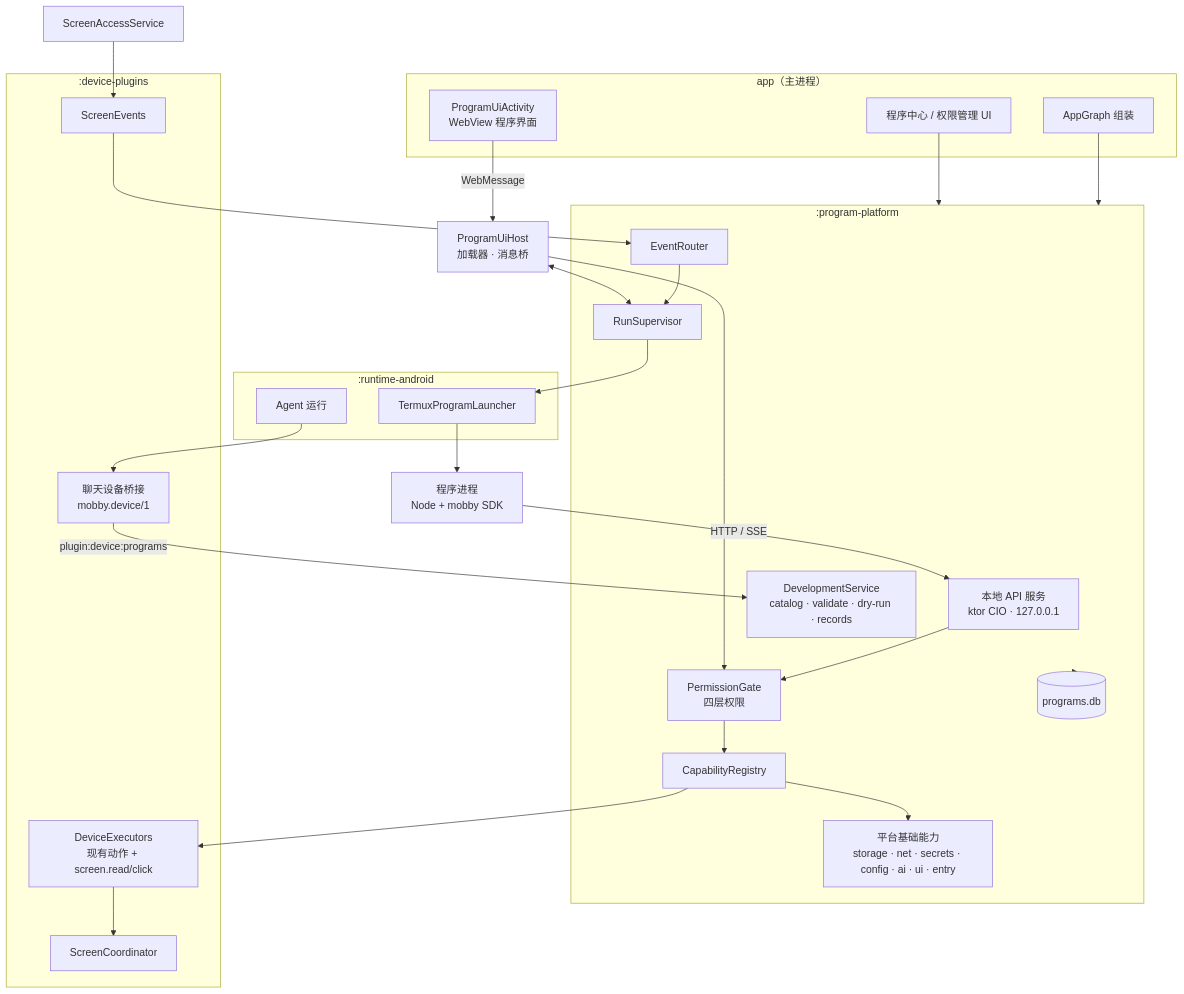
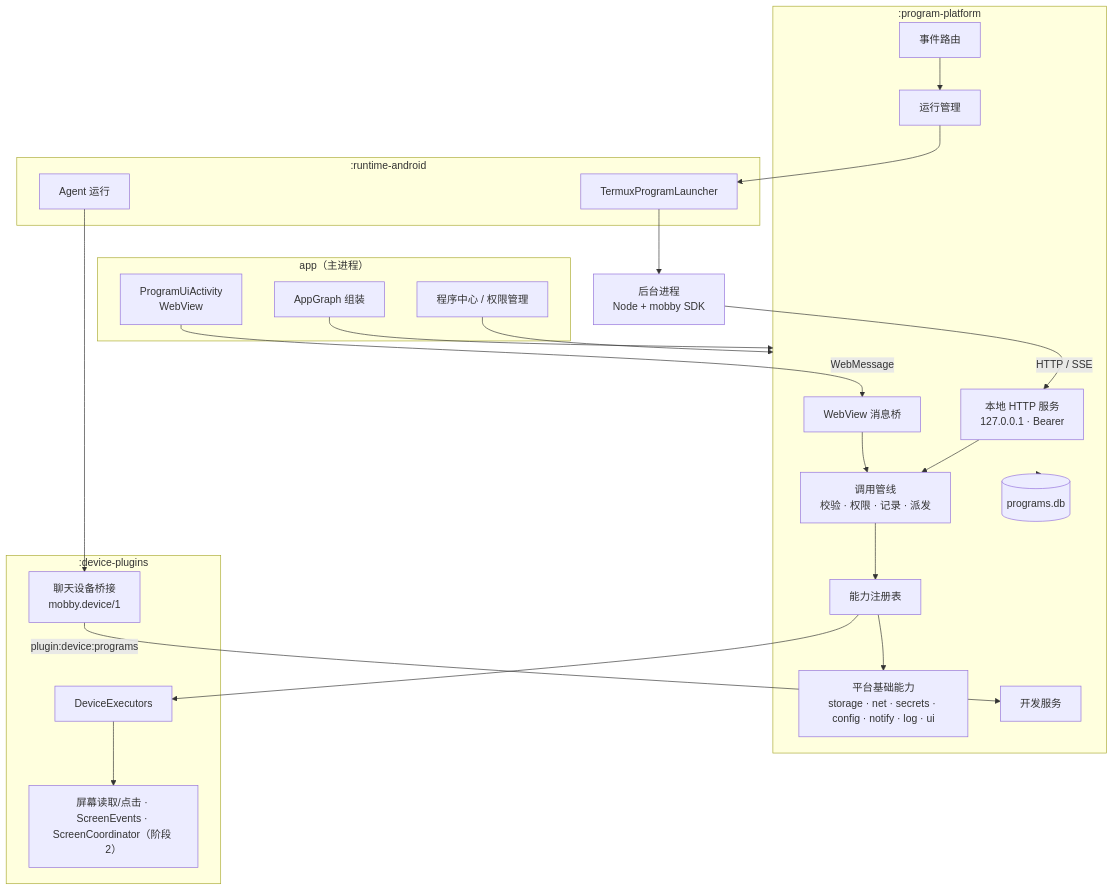
The first of 4 diagrams in docs/design/program-platform-architecture.md (ytlog/mobby), drawn with Mermaid before and after one commit. The commit also changed other lines of this file and 2 other files, not shown here.

First line of the commit message:
docs: consolidate program platform proposal and rewrite architecture

````diff
--- a/docs/design/program-platform-architecture.md
+++ b/docs/design/program-platform-architecture.md
@@ -17,44 +18,43 @@
 ```mermaid
 flowchart TB
     subgraph App["app（主进程）"]
-        UI["程序中心 / 权限管理 UI"]
-        Web["ProgramUiActivity\nWebView 程序界面"]
+        Center["程序中心 / 权限管理"]
+        UiAct["ProgramUiActivity\nWebView"]
         Graph["AppGraph 组装"]
     end
     subgraph Platform[":program-platform"]
-        API["本地 API 服务\nktor CIO · 127.0.0.1"]
-        Gate["PermissionGate\n四层权限"]
-        Registry["CapabilityRegistry"]
-        Router["EventRouter"]
-        Runs["RunSupervisor"]
-        Dev["DevelopmentService\ncatalog · validate · dry-run · records"]
-        Base["平台基础能力\nstorage · net · secrets · config · ai · ui · entry"]
+        Http["本地 HTTP 服务\n127.0.0.1 · Bearer"]
+        Bridge["WebView 消息桥"]
+        Pipe["调用管线\n校验 · 权限 · 记录 · 派发"]
+        Registry["能力注册表"]
+        Base["平台基础能力\nstorage · net · secrets · config · notify · log · ui"]
+        Router["事件路由"]
+        Runs["运行管理"]
+        Dev["开发服务"]
         Store[("programs.db")]
     end
     subgraph Device[":device-plugins"]
-        Exec["DeviceExecutors\n现有动作 + screen.read/click"]
-        Events["ScreenEvents"]
-        Coord["ScreenCoordinator"]
-        Bridge["聊天设备桥接\nmobby.device/1"]
+        Exec["DeviceExecutors"]
+        Screen["屏幕读取/点击 · ScreenEvents · ScreenCoordinator（阶段 2）"]
+        ChatBridge["聊天设备桥接\nmobby.device/1"]
     end
     subgraph Runtime[":runtime-android"]
         Launcher["TermuxProgramLauncher"]
-        AgentRun["Agent 运行"]
+        Agent["Agent 运行"]
     end
-    Node["程序进程\nNode + mobby SDK"]
-    A11y["ScreenAccessService"]
+    Node["后台进程\nNode + mobby SDK"]
 
-    UI --> Platform
+    Center --> Platform
     Graph --> Platform
-    Node -- "HTTP / SSE" --> API
-    Web -- "WebMessage" --> UiHost["ProgramUiHost\n加载器 · 消息桥"]
-    UiHost --> Gate
-    UiHost <--> Runs
-    API --> Gate --> Registry --> Exec
+    UiAct -- "WebMessage" --> Bridge
+    Node -- "HTTP / SSE" --> Http
+    Http --> Pipe
+    Bridge --> Pipe
+    Pipe --> Registry
     Registry --> Base
-    Exec --> Coord
-    A11y --> Events --> Router --> Runs
-    Runs --> Launcher --> Node
-    AgentRun --> Bridge -- "plugin:device:programs" --> Dev
+    Registry --> Exec
+    Exec --> Screen
+    Router --> Runs --> Launcher --> Node
+    Agent --> ChatBridge -- "plugin:device:programs" --> Dev
     Platform --> Store
 ```
````
